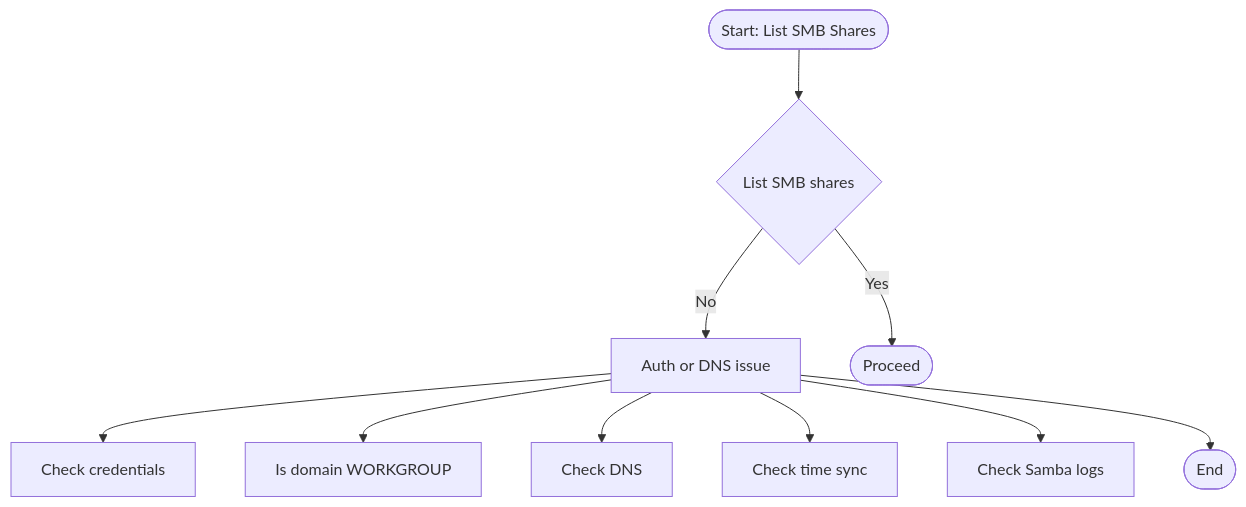
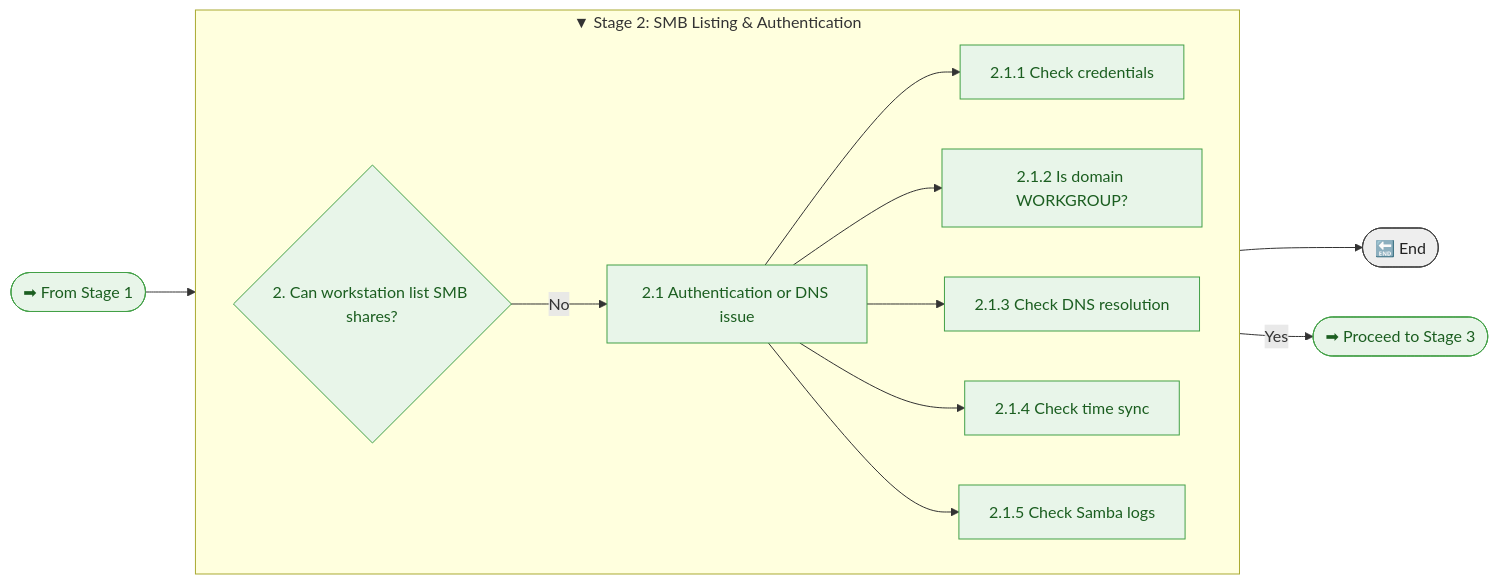
The third of 4 diagrams in docs/appendices/appendix-g.md (rikosintie/Haas_Data_collect), drawn with Mermaid before and after one commit. The commit also changed other lines of this file, not shown here.

````diff
--- a/docs/appendices/appendix-g.md
+++ b/docs/appendices/appendix-g.md
@@ -32,15 +82,34 @@
 ```mermaid
-flowchart TD
+flowchart LR
 
-A([Start: List SMB Shares]) --> B{List SMB shares}
+    %% Styles
+    classDef stage2 fill:#e8f5e9,stroke:#43a047,stroke-width:1px,color:#1b5e20;
+    classDef terminal fill:#eeeeee,stroke:#424242,color:#212121,stroke-width:1px;
 
-B -->|No| C[Auth or DNS issue]
-C --> D[Check credentials]
-C --> E[Is domain WORKGROUP]
-C --> F[Check DNS]
-C --> G[Check time sync]
-C --> H[Check Samba logs]
-C --> Z([End])
+    %% Stage 2 Entry
+    A([➡ From Stage 1]) --> C{2. Can workstation list SMB shares?}
+    class A,C stage2
 
-B -->|Yes| I([Proceed])
+    %% Stage 2
+    subgraph Stage2 [▼ Stage 2: SMB Listing & Authentication]
+        direction LR
+
+        C -->|No| C1[2.1 Authentication or DNS issue]
+
+        C1 --> C1a[2.1.1 Check credentials]
+        C1 --> C1b[2.1.2 Is domain WORKGROUP?]
+        C1 --> C1c[2.1.3 Check DNS resolution]
+        C1 --> C1d[2.1.4 Check time sync]
+        C1 --> C1e[2.1.5 Check Samba logs]
+    end
+
+    class C1,C1a,C1b,C1c,C1d,C1e stage2
+
+    %% End if listing fails
+    C1e --> Z([🔚 End])
+    class Z terminal
+
+    %% Success path → Stage 3
+    C -->|Yes| NextStage3([➡ Proceed to Stage 3])
+    class NextStage3 stage2
 ```
````
